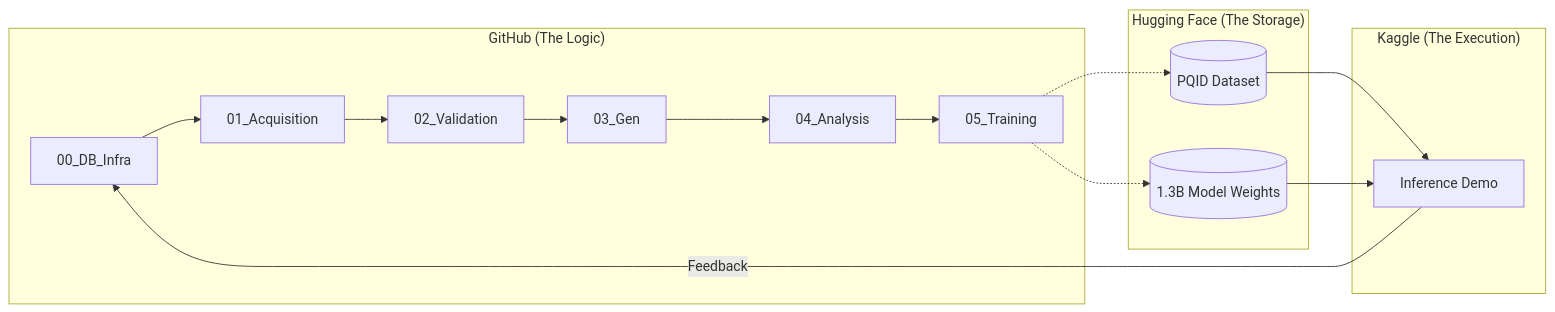
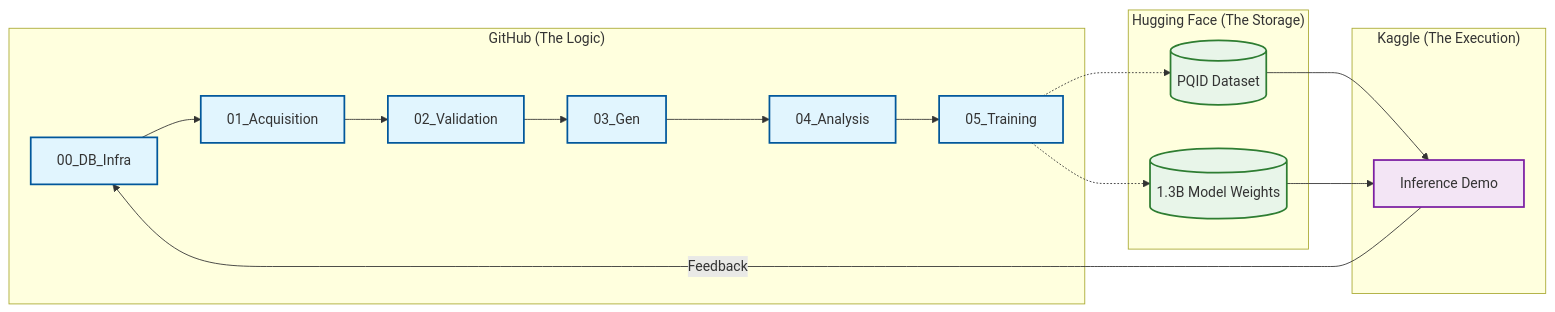
The diagram in README.md (Elias-Abebe-Gasparini/PQID-Dataset), drawn with Mermaid before and after one commit.

Commit message:
Docs: Complete professional overhaul of README with ecosystem diagram

````diff
--- a/README.md
+++ b/README.md
@@ -20,25 +20,36 @@
 ```mermaid
 graph LR
+    %% Class Definitions
+    classDef github fill:#e1f5fe,stroke:#01579b,stroke-width:2px;
+    classDef hf fill:#e8f5e9,stroke:#2e7d32,stroke-width:2px;
+    classDef kaggle fill:#f3e5f5,stroke:#7b1fa2,stroke-width:2px;
+
     subgraph "GitHub (The Logic)"
         A[00_DB_Infra] --> B[01_Acquisition]
         B --> C[02_Validation]
         C --> D[03_Gen]
         D --> E[04_Analysis]
         E --> F[05_Training]
     end
 
     subgraph "Hugging Face (The Storage)"
         G[(PQID Dataset)]
         H[(1.3B Model Weights)]
     end
 
     subgraph "Kaggle (The Execution)"
         I[Inference Demo]
     end
 
+    %% Applying Classes
+    class A,B,C,D,E,F github;
+    class G,H hf;
+    class I kaggle;
+
+    %% Connections
     F -.-> G
     F -.-> H
     G --> I
     H --> I
     I -- Feedback --> A
 ```
````
